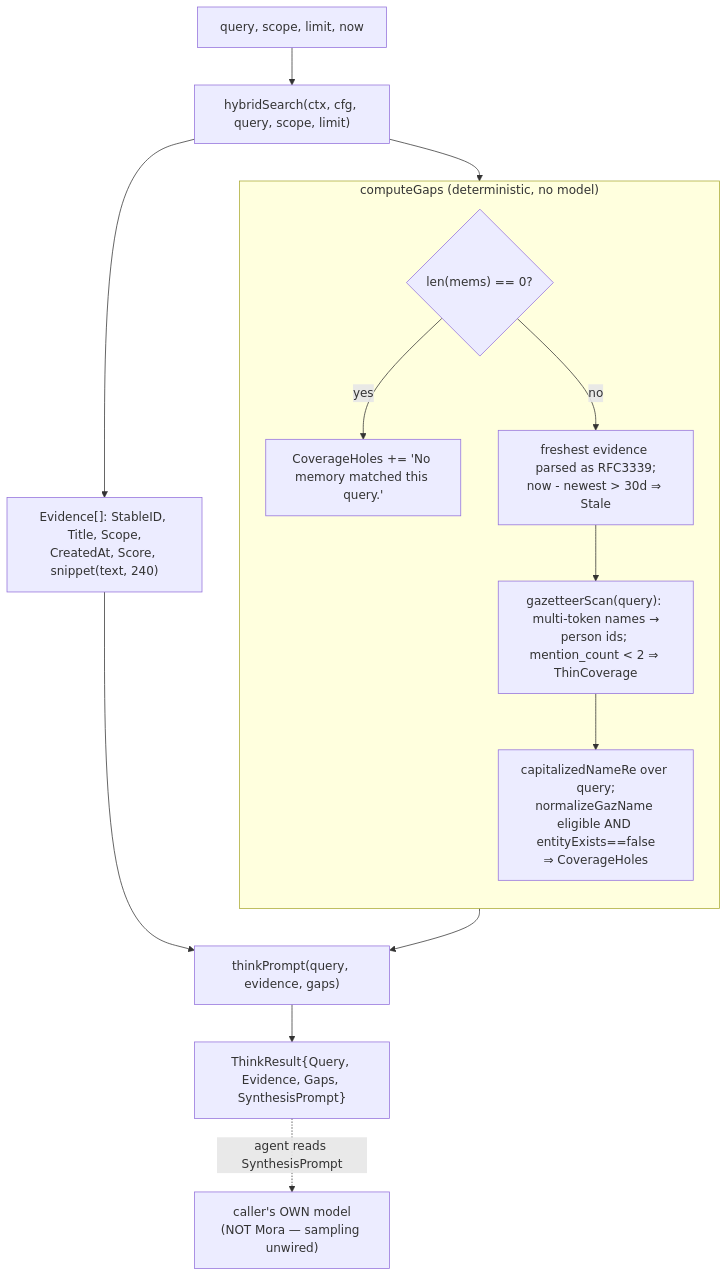
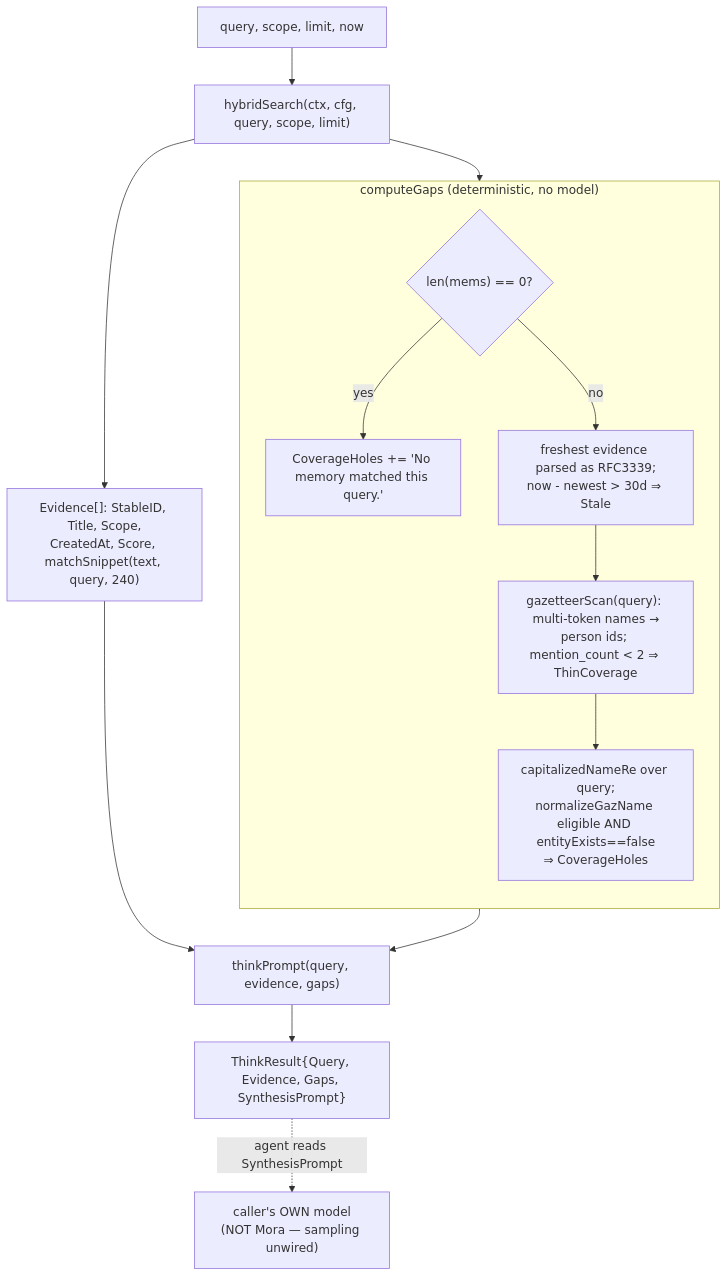
Before and after one commit to pyranthus-hq/mora: the first of 6 diagrams in docs/architecture/07-synthesis-think-digest.md, drawn with Mermaid. The commit also changed other lines of this file and 5 other files, not shown here.

Commit message:
docs(architecture): record the 4MB MCP cap, match-centered snippets, index schema stamp + upgrade reindex

````diff
--- a/docs/architecture/07-synthesis-think-digest.md
+++ b/docs/architecture/07-synthesis-think-digest.md
@@ -32,20 +32,20 @@
 ```mermaid
 flowchart TD
   Q["query, scope, limit, now"] --> HS["hybridSearch(ctx, cfg, query, scope, limit)"]
-  HS --> EV["Evidence[]: StableID, Title, Scope,<br/>CreatedAt, Score, snippet(text, 240)"]
+  HS --> EV["Evidence[]: StableID, Title, Scope,<br/>CreatedAt, Score, matchSnippet(text, query, 240)"]
   HS --> GAPS
 
   subgraph GAPS["computeGaps (deterministic, no model)"]
     direction TB
     G0{"len(mems) == 0?"}
     G0 -->|yes| CH0["CoverageHoles += 'No memory matched this query.'"]
     G0 -->|no| ST["freshest evidence parsed as RFC3339;<br/>now - newest > 30d ⇒ Stale"]
     ST --> TC["gazetteerScan(query): multi-token names →<br/>person ids; mention_count < 2 ⇒ ThinCoverage"]
     TC --> CHH["capitalizedNameRe over query;<br/>normalizeGazName eligible AND entityExists==false<br/>⇒ CoverageHoles"]
   end
 
   EV --> PR["thinkPrompt(query, evidence, gaps)"]
   GAPS --> PR
   PR --> R["ThinkResult{Query, Evidence, Gaps, SynthesisPrompt}"]
   R -.->|agent reads SynthesisPrompt| MODEL["caller's OWN model<br/>(NOT Mora — sampling unwired)"]
 ```
````
